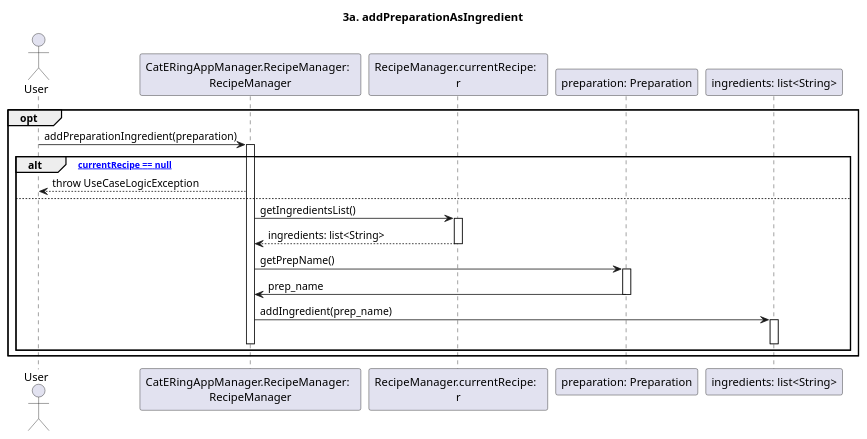
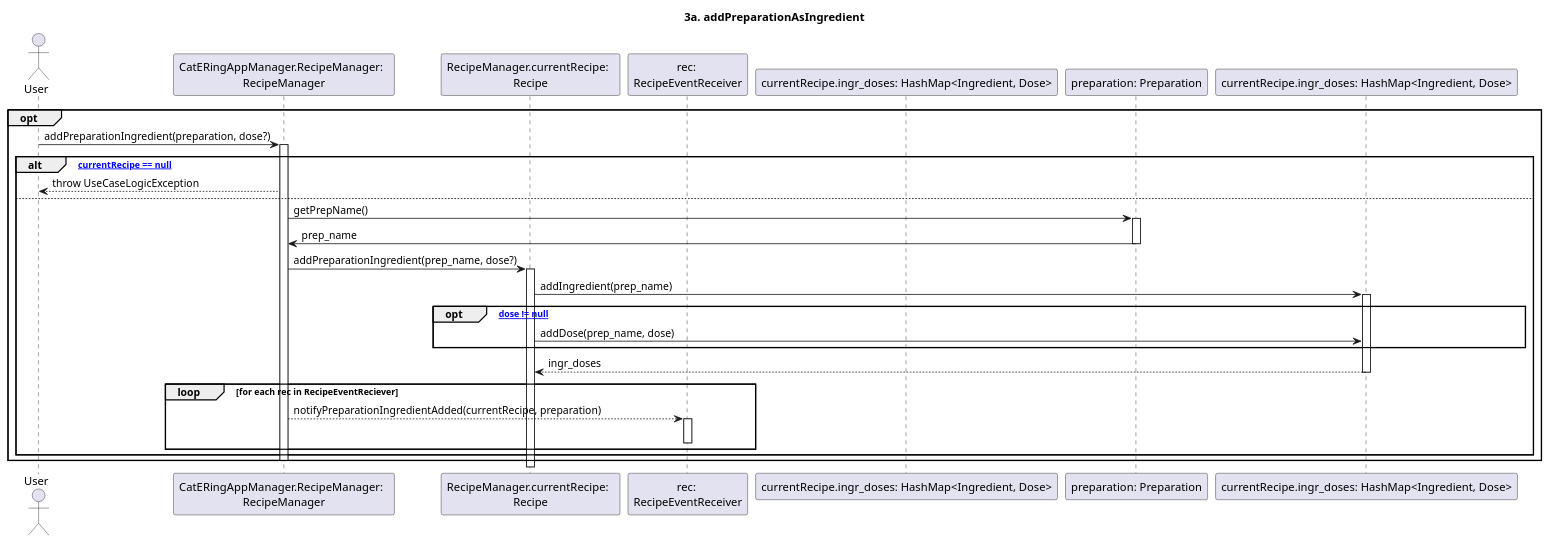
Before and after one commit to m0canu1/sas: the diagram in dsd/dsd-ricette/estensioni/3a-addPreparationIngredient.md, drawn with PlantUML. The commit also changed 11 other files, not shown here.

````diff
--- a/dsd/dsd-ricette/estensioni/3a-addPreparationIngredient.md
+++ b/dsd/dsd-ricette/estensioni/3a-addPreparationIngredient.md
@@ -1,33 +1,43 @@
 ```plantuml
 
 title: 3a. addPreparationAsIngredient
 
 Actor User
 Participant "CatERingAppManager.RecipeManager:  \nRecipeManager" as RM
-Participant "RecipeManager.currentRecipe:  \nr" as CR
+Participant "RecipeManager.currentRecipe:  \nRecipe" as CR
+Participant "rec: \nRecipeEventReceiver" as RER
+Participant "currentRecipe.ingr_doses: HashMap<Ingredient, Dose>" as HM
 
-opt 
+opt
 
-	User -> RM: addPreparationIngredient(preparation)
+	User -> RM: addPreparationIngredient(preparation, dose?)
 	Activate RM
-
 	alt ["currentRecipe == null"]
 		RM --> User: throw UseCaseLogicException
-	else 
-		RM -> CR:  getIngredientsList()
-		Activate CR
-        CR --> RM: ingredients: list<String>
-        Deactivate CR
+	else
 		RM -> "preparation: Preparation": getPrepName()
 		Activate "preparation: Preparation"
 		"preparation: Preparation" -> RM: prep_name
 		Deactivate "preparation: Preparation"
-        RM -> "ingredients: list<String>": addIngredient(prep_name)
-        Activate "ingredients: list<String>"
-		Deactivate "ingredients: list<String>"
-		Deactivate RM
-	end
+
+		RM -> CR: addPreparationIngredient(prep_name, dose?)
+		Activate CR
+			CR -> "currentRecipe.ingr_doses: HashMap<Ingredient, Dose>": addIngredient(prep_name)
+			Activate "currentRecipe.ingr_doses: HashMap<Ingredient, Dose>"
+				opt ["dose != null"]
+			    CR -> "currentRecipe.ingr_doses: HashMap<Ingredient, Dose>": addDose(prep_name, dose)
+				end
+				"currentRecipe.ingr_doses: HashMap<Ingredient, Dose>" --> CR: ingr_doses
+      Deactivate "currentRecipe.ingr_doses: HashMap<Ingredient, Dose>"
+
+			loop for each rec in RecipeEventReciever
+					RM --> RER: notifyPreparationIngredientAdded(currentRecipe, preparation)
+					activate RER
+					deactivate RER
+			end
+  end
+	Deactivate RM
 
 end
 
 ```
````
